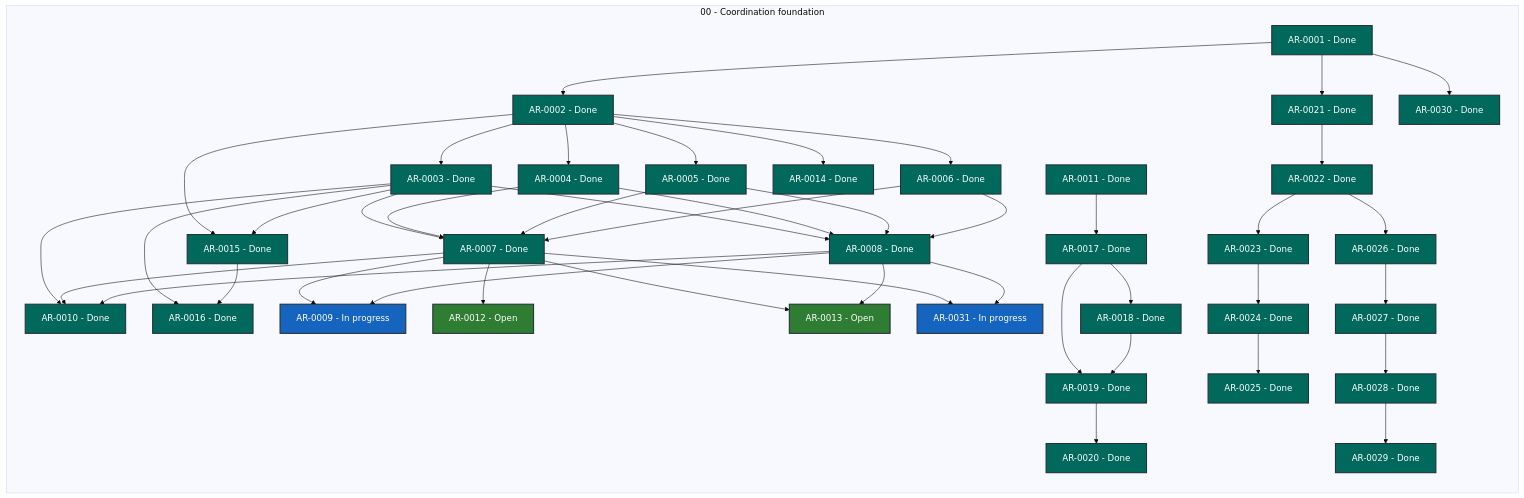
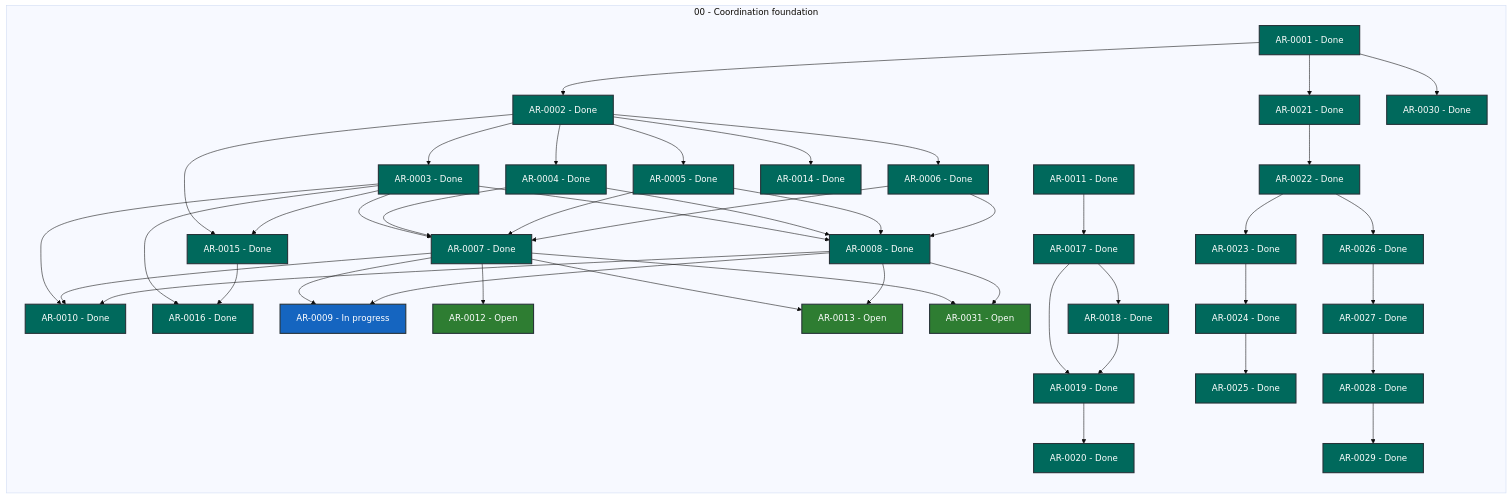
Before and after one commit to martin-beck/agent-workflow-coordinator-state: the diagram in STATUS.md, drawn with Mermaid (base theme). The commit also changed other lines of this file and 2 other files, not shown here.

```diff
--- a/STATUS.md
+++ b/STATUS.md
@@ -58,7 +58,7 @@
         AR_0028["AR-0028 - Done"]:::status_done
         AR_0029["AR-0029 - Done"]:::status_done
         AR_0030["AR-0030 - Done"]:::status_done
-        AR_0031["AR-0031 - In progress"]:::status_in_progress
+        AR_0031["AR-0031 - Open"]:::status_open
     end
     AR_0001 --> AR_0002
     AR_0001 --> AR_0021
```
